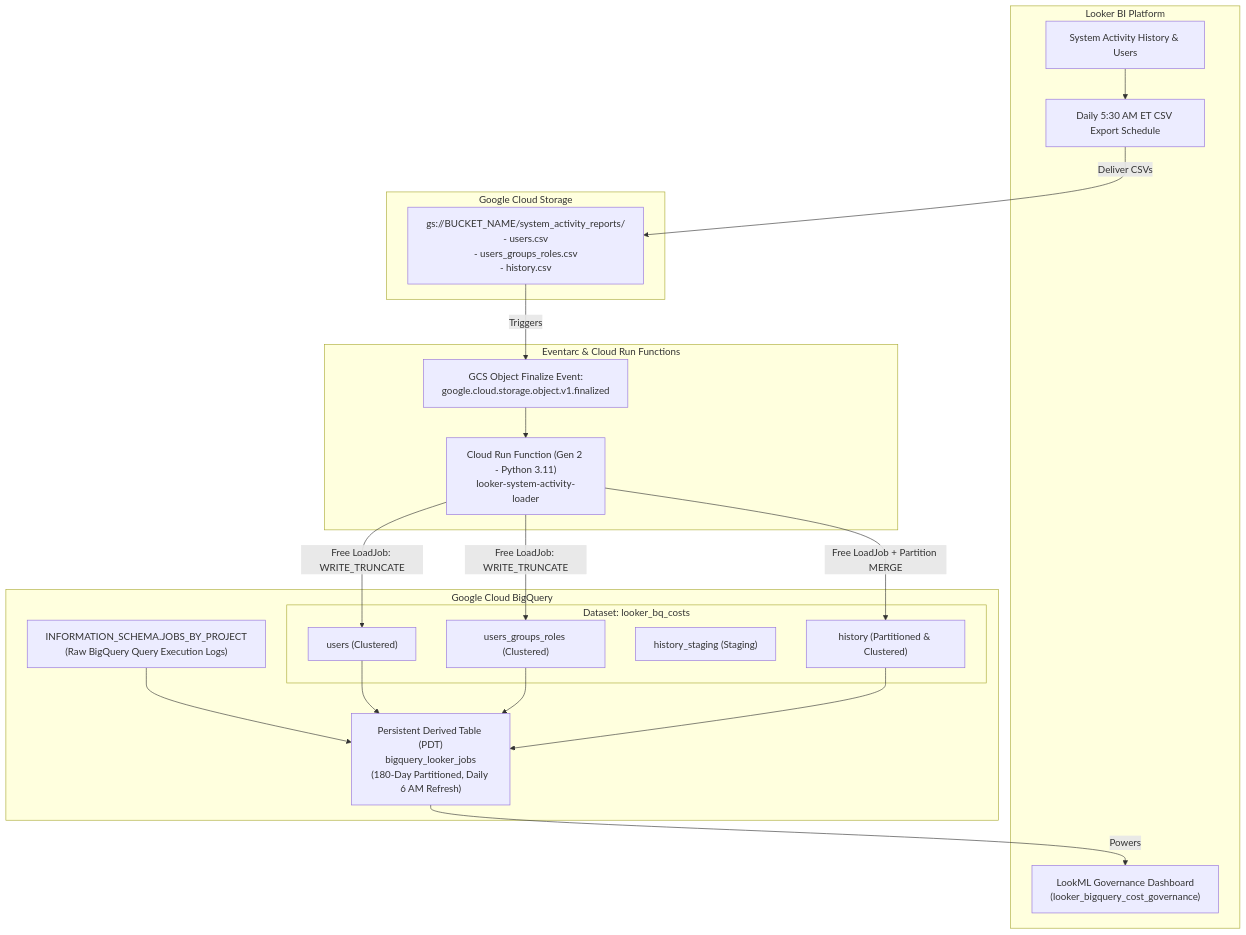
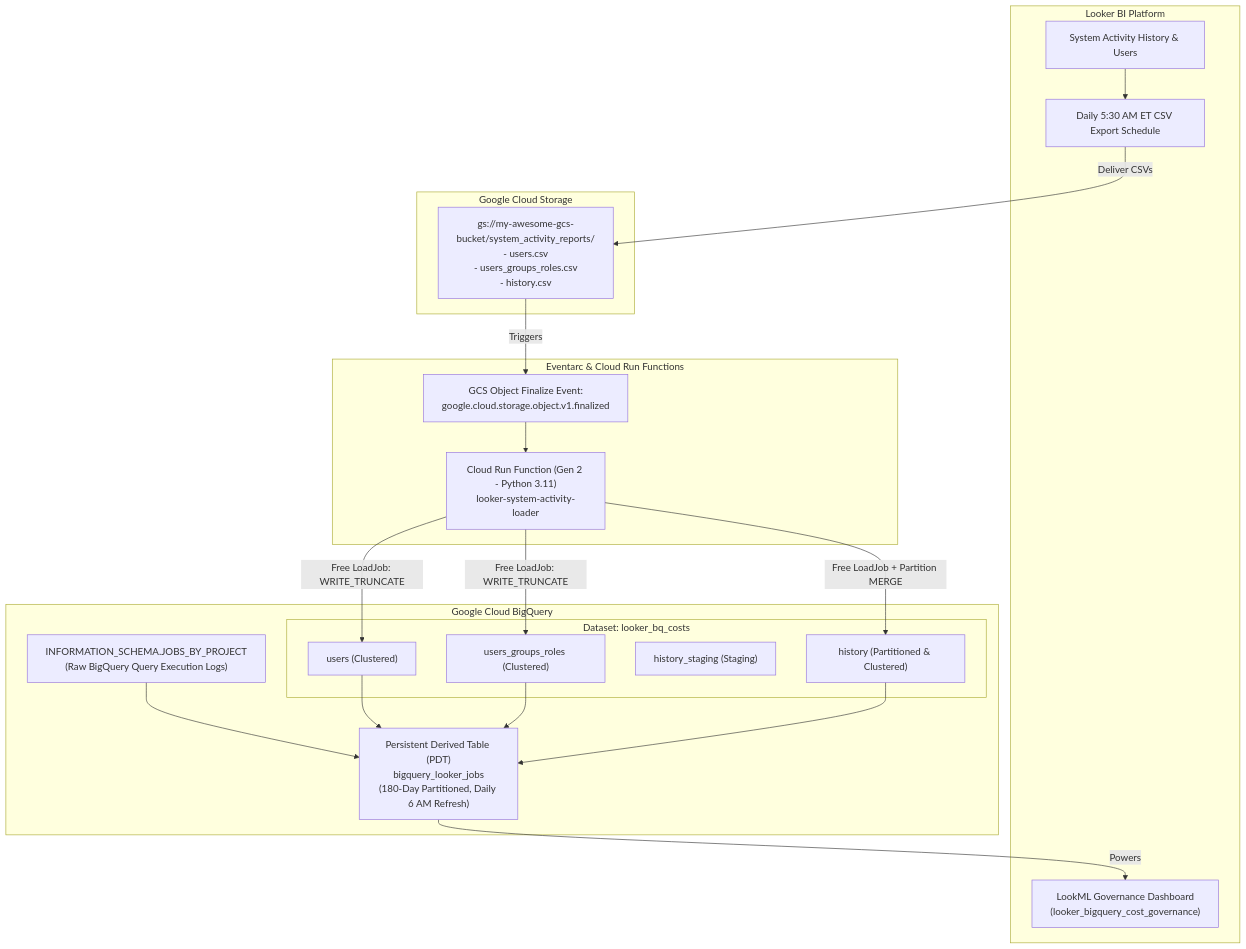
The diagram in README.md (Ace-Kinkaid/looker-bigquery-costs-public), drawn with Mermaid before and after one commit. The commit also changed other lines of this file and 8 other files, not shown here.

Commit message:
Sanitize public repo: replace actual project references with manifest constants and generic placeholders (my-awesome-gcp-project, my-awesome-gcs-bucket)

````diff
--- a/README.md
+++ b/README.md
@@ -45,45 +45,45 @@
 ```mermaid
 flowchart TD
     subgraph Looker ["Looker BI Platform"]
         SA["System Activity History & Users"]
         Sched["Daily 5:30 AM ET CSV Export Schedule"]
         UI["LookML Governance Dashboard<br/>(looker_bigquery_cost_governance)"]
         SA --> Sched
     end
 
     subgraph Storage ["Google Cloud Storage"]
-        GCS["gs://BUCKET_NAME/system_activity_reports/<br/>- users.csv<br/>- users_groups_roles.csv<br/>- history.csv"]
+        GCS["gs://my-awesome-gcs-bucket/system_activity_reports/<br/>- users.csv<br/>- users_groups_roles.csv<br/>- history.csv"]
     end
 
     subgraph EventarcSub ["Eventarc & Cloud Run Functions"]
         Evt["GCS Object Finalize Event:<br/>google.cloud.storage.object.v1.finalized"]
         CF["Cloud Run Function (Gen 2 - Python 3.11)<br/>looker-system-activity-loader"]
         Evt --> CF
     end
 
     subgraph BigQuery ["Google Cloud BigQuery"]
         IS["INFORMATION_SCHEMA.JOBS_BY_PROJECT<br/>(Raw BigQuery Query Execution Logs)"]
         
         subgraph Dataset ["Dataset: looker_bq_costs"]
             T_Users["users (Clustered)"]
             T_Roles["users_groups_roles (Clustered)"]
             T_HistStaging["history_staging (Staging)"]
             T_Hist["history (Partitioned & Clustered)"]
         end
         
         PDT["Persistent Derived Table (PDT)<br/>bigquery_looker_jobs<br/>(180-Day Partitioned, Daily 6 AM Refresh)"]
     end
 
     Sched -->|Deliver CSVs| GCS
     GCS -->|Triggers| Evt
     CF -->|"Free LoadJob: WRITE_TRUNCATE"| T_Users
     CF -->|"Free LoadJob: WRITE_TRUNCATE"| T_Roles
     CF -->|"Free LoadJob + Partition MERGE"| T_Hist
     
     IS --> PDT
     T_Users --> PDT
     T_Roles --> PDT
     T_Hist --> PDT
     
     PDT -->|Powers| UI
 ```
````
